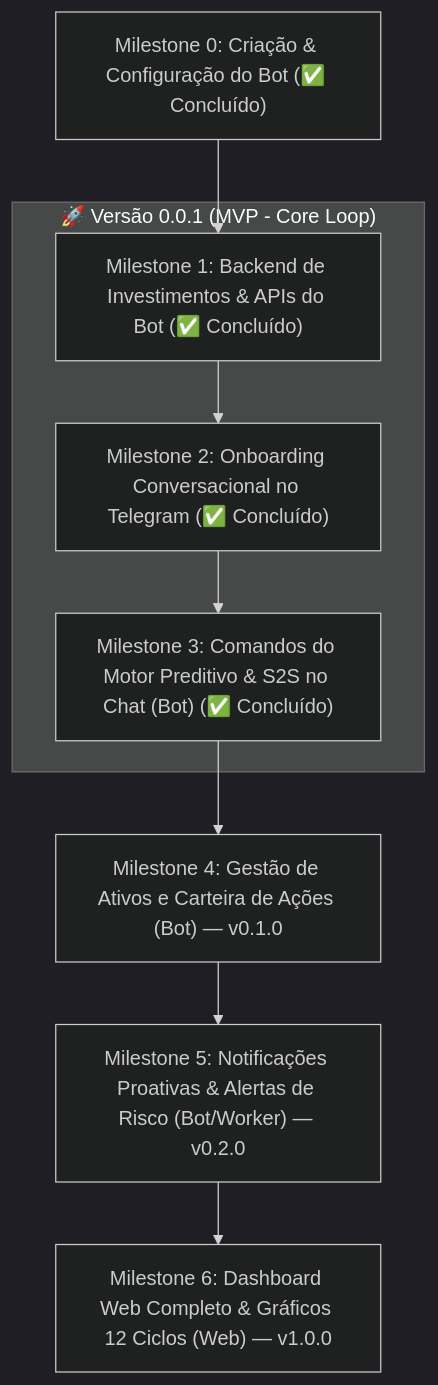
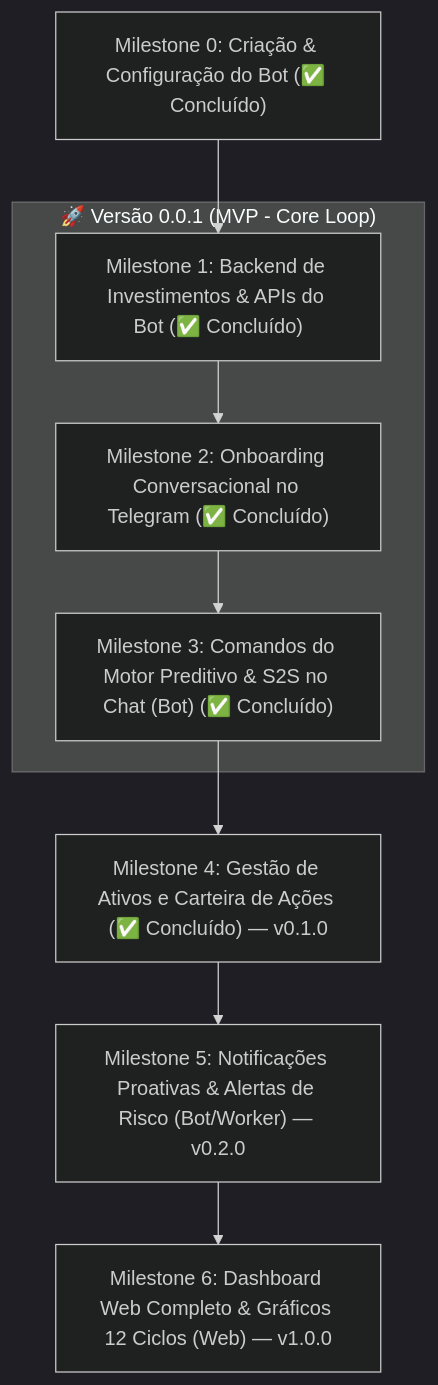
Before and after one commit to marcos-vinicius14/meu-dinheiro: the diagram in docs/roadmap.md, drawn with Mermaid (dark theme). The commit also changed other lines of this file and 30 other files, not shown here.

Commit message:
feat(invest): carteira de ações no telegram v0.1.0 e deploy simplificado coolify

````diff
--- a/docs/roadmap.md
+++ b/docs/roadmap.md
@@ -17,11 +17,11 @@
 ```mermaid
 graph TD
     M0["Milestone 0: Criação & Configuração do Bot (✅ Concluído)"] --> M1
     subgraph V001 ["🚀 Versão 0.0.1 (MVP - Core Loop)"]
         M1["Milestone 1: Backend de Investimentos & APIs do Bot (✅ Concluído)"] --> M2["Milestone 2: Onboarding Conversacional no Telegram (✅ Concluído)"]
         M2 --> M3["Milestone 3: Comandos do Motor Preditivo & S2S no Chat (Bot) (✅ Concluído)"]
     end
-    M3 --> M4["Milestone 4: Gestão de Ativos e Carteira de Ações (Bot) — v0.1.0"]
+    M3 --> M4["Milestone 4: Gestão de Ativos e Carteira de Ações (✅ Concluído) — v0.1.0"]
     M4 --> M5["Milestone 5: Notificações Proativas & Alertas de Risco (Bot/Worker) — v0.2.0"]
     M5 --> M6["Milestone 6: Dashboard Web Completo & Gráficos 12 Ciclos (Web) — v1.0.0"]
 ```
````
